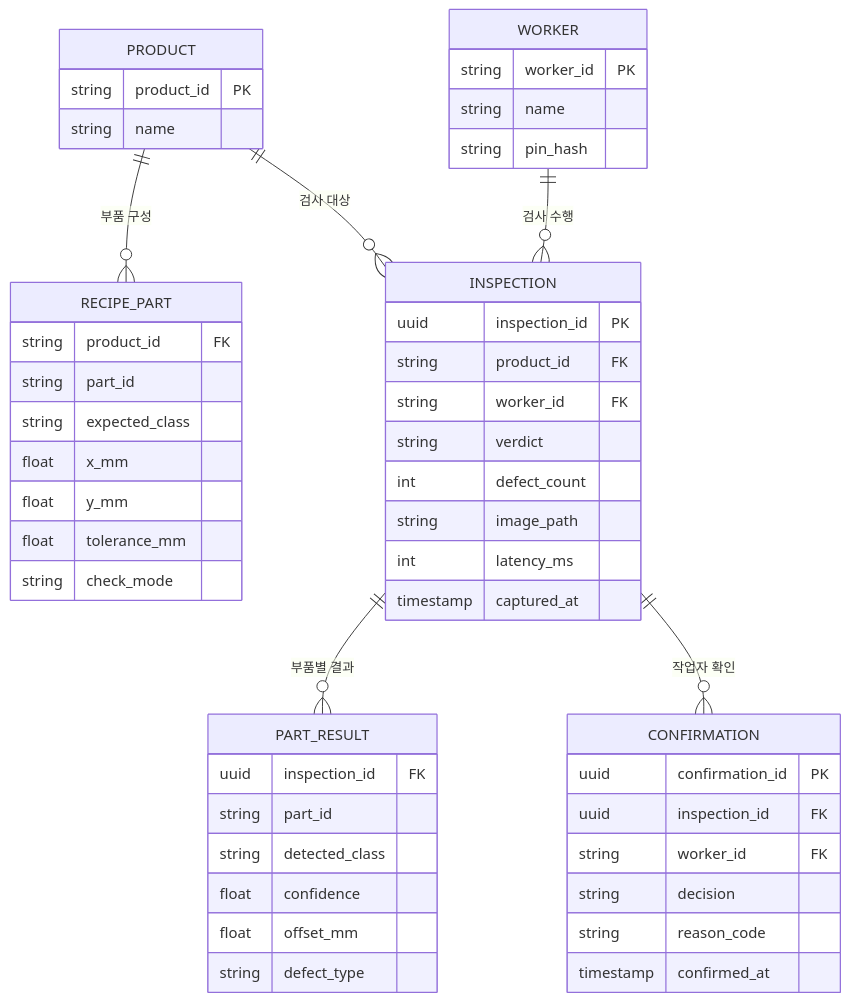
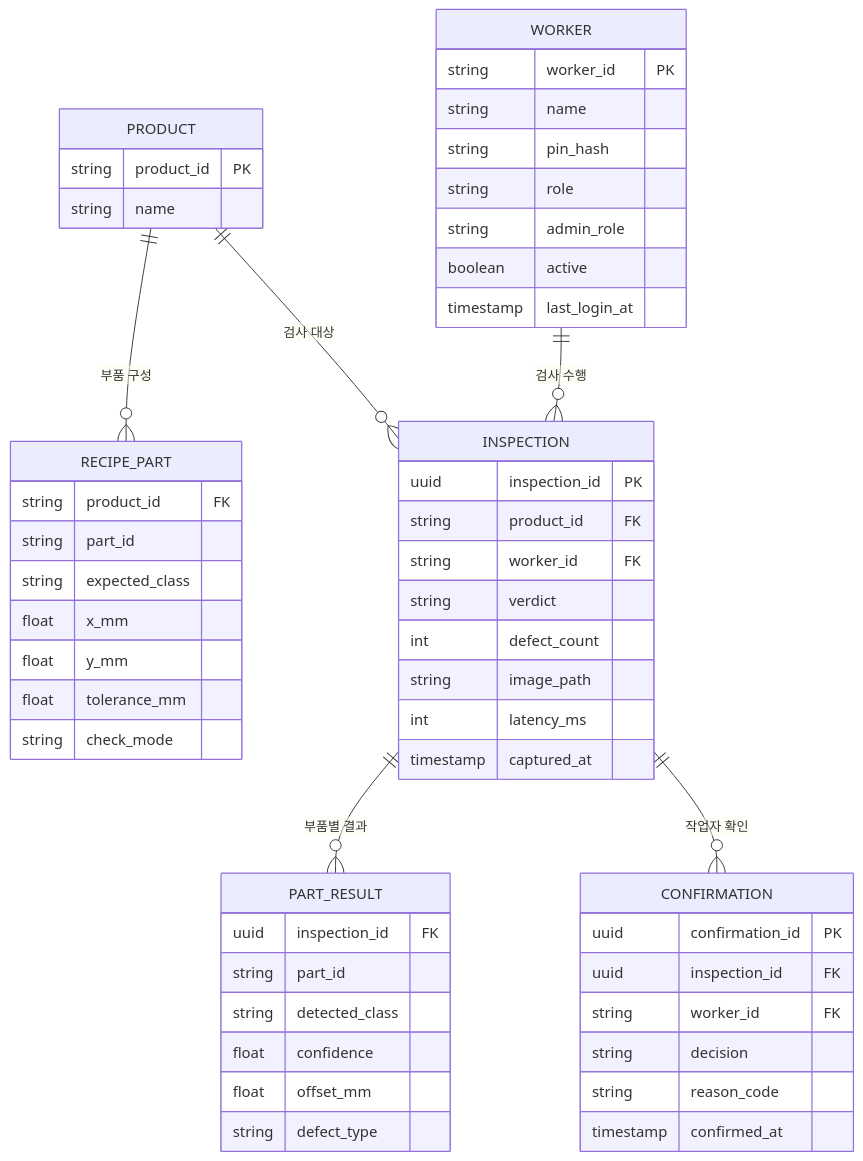
The third of 3 diagrams in README.md (JIWOO1127/pcb-aoi-station), drawn with Mermaid before and after one commit. The commit also changed other lines of this file and 19 other files, not shown here.

````diff
--- a/README.md
+++ b/README.md
@@ -104,53 +104,57 @@
 ```mermaid
 erDiagram
     PRODUCT ||--o{ RECIPE_PART : "부품 구성"
     PRODUCT ||--o{ INSPECTION : "검사 대상"
     WORKER ||--o{ INSPECTION : "검사 수행"
     INSPECTION ||--o{ PART_RESULT : "부품별 결과"
     INSPECTION ||--o{ CONFIRMATION : "작업자 확인"
 
     PRODUCT {
         string product_id PK
         string name
     }
     RECIPE_PART {
         string product_id FK
         string part_id
         string expected_class
         float x_mm
         float y_mm
         float tolerance_mm
         string check_mode
     }
     WORKER {
         string worker_id PK
         string name
         string pin_hash
+        string role
+        string admin_role
+        boolean active
+        timestamp last_login_at
     }
     INSPECTION {
         uuid inspection_id PK
         string product_id FK
         string worker_id FK
         string verdict
         int defect_count
         string image_path
         int latency_ms
         timestamp captured_at
     }
     PART_RESULT {
         uuid inspection_id FK
         string part_id
         string detected_class
         float confidence
         float offset_mm
         string defect_type
     }
     CONFIRMATION {
         uuid confirmation_id PK
         uuid inspection_id FK
         string worker_id FK
         string decision
         string reason_code
         timestamp confirmed_at
     }
 ```
````
